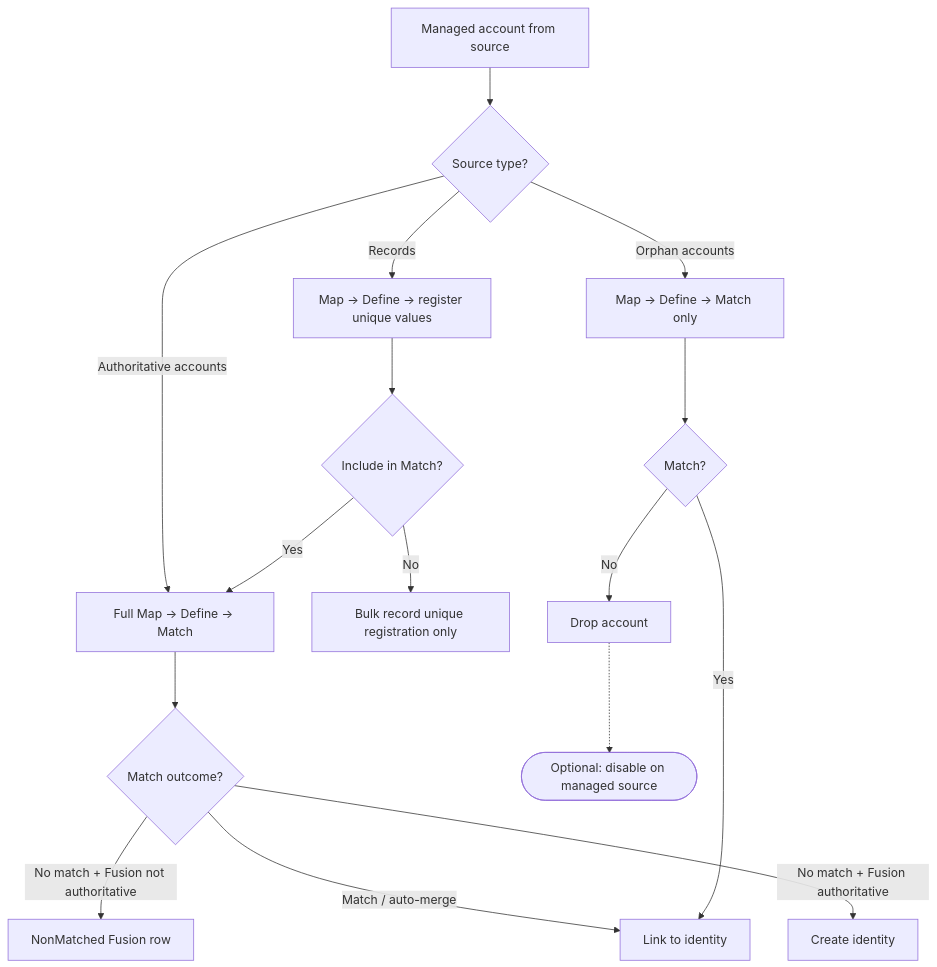
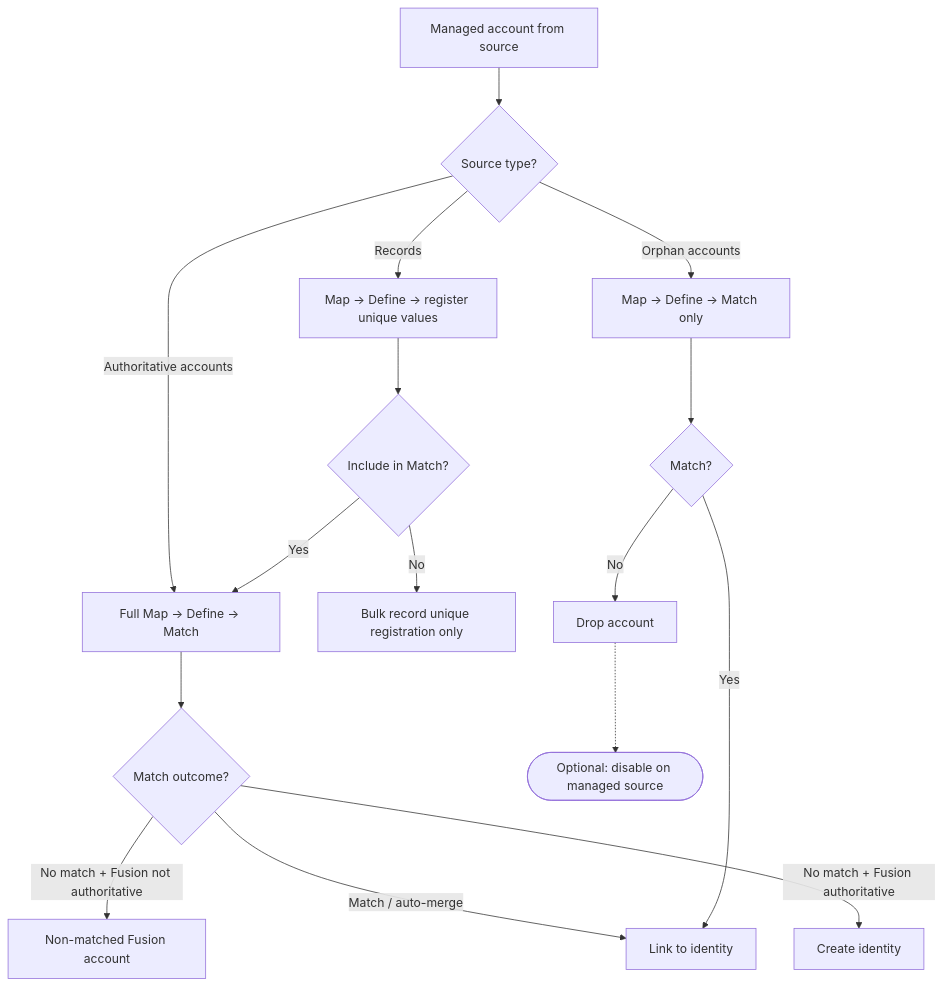
One commit to fernando-delosrios-sp/colab-saas-conn-sailpoint-identity-fusion changed the first of 2 diagrams in docs/use-guides/configuration/source-types.md. Above: the diagram before and after it, drawn with Mermaid. The commit also changed other lines of this file and 50 other files, not shown here.

First line of the commit message:
docs(openspec): archive retire-row-as-account-synonym and sync specs

````diff
--- a/docs/use-guides/configuration/source-types.md
+++ b/docs/use-guides/configuration/source-types.md
@@ -14,18 +14,18 @@
 ```mermaid
 flowchart TD
     A[Managed account from source] --> B{Source type?}
     B -- Authoritative accounts --> C[Full Map → Define → Match]
     C --> D{Match outcome?}
     D -- Match / auto-merge --> E[Link to identity]
     D -- No match + Fusion authoritative --> F[Create identity]
-    D -- No match + Fusion not authoritative --> G[NonMatched Fusion row]
+    D -- No match + Fusion not authoritative --> G[Non-matched Fusion account]
     B -- Records --> H[Map → Define → register unique values]
     H --> I{Include in Match?}
     I -- Yes --> C
     I -- No --> J[Bulk record unique registration only]
     B -- Orphan accounts --> K[Map → Define → Match only]
     K --> L{Match?}
     L -- Yes --> E
     L -- No --> M[Drop account]
     M -.-> N([Optional: disable on managed source])
 ```
````
